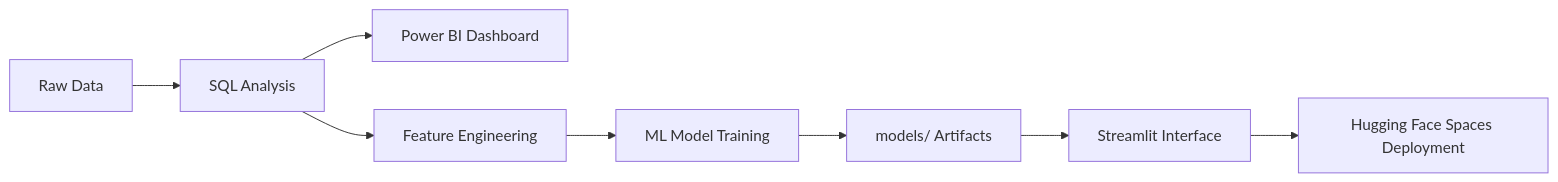
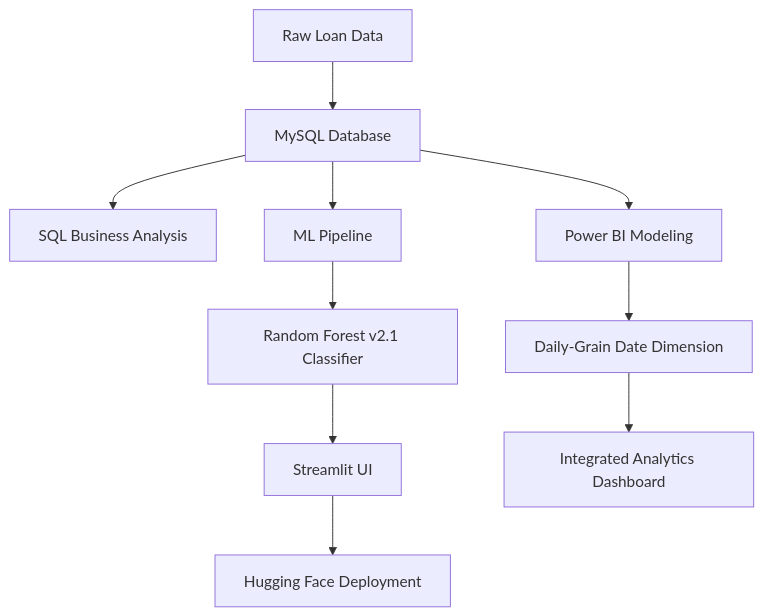
One commit to ajaya-kumar-pradhan/Loan-Approval-Credit-Risk-Analytics-System changed the diagram in README.md. Above: the diagram before and after it, drawn with Mermaid. The commit also changed other lines of this file and 11 other files, not shown here.

Commit message:
Finalized LoanGuard: Integrated Power BI Dashboard, Elite Obsidian UI, and SQL Business Analysis

````diff
--- a/README.md
+++ b/README.md
@@ -42,10 +28,12 @@
 ```mermaid
-flowchart LR
-A[Raw Data] --> B[SQL Analysis]
-B --> C[Power BI Dashboard]
-B --> D[Feature Engineering]
-D --> E[ML Model Training]
-E --> F[models/ Artifacts]
-F --> G[Streamlit Interface]
-G --> H[Hugging Face Spaces Deployment]
+flowchart TD
+    A[Raw Loan Data] --> B[MySQL Database]
+    B --> C[SQL Business Analysis]
+    B --> D[Power BI Modeling]
+    D --> E[Daily-Grain Date Dimension]
+    B --> F[ML Pipeline]
+    F --> G[Random Forest v2.1 Classifier]
+    G --> H[Streamlit UI]
+    E --> I[Integrated Analytics Dashboard]
+    H --> J[Hugging Face Deployment]
 ```
````
